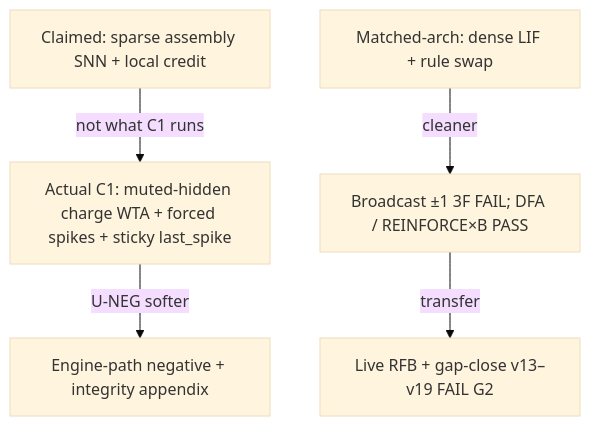
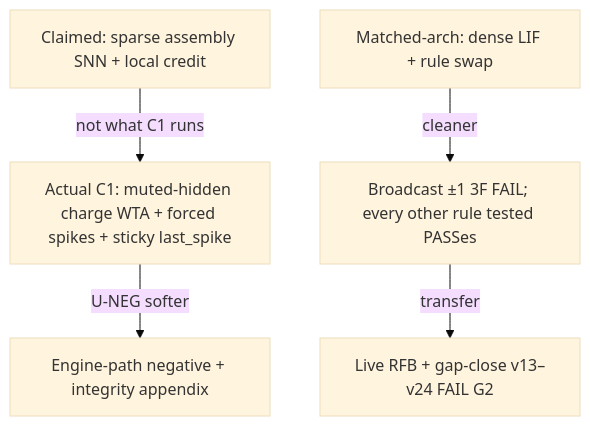
One commit to bharathvbcr/Brain-Inspired_Neural_Network changed the diagram in results/PAPER_SKELETON.md. Above: the diagram before and after it, drawn with Mermaid (base theme). The commit also changed other lines of this file and 4 other files, not shown here.

````diff
--- a/results/PAPER_SKELETON.md
+++ b/results/PAPER_SKELETON.md
@@ -93,10 +186,10 @@
 ```mermaid
 flowchart TD
   hyp["Claimed: sparse assembly SNN + local credit"]
   actual["Actual C1: muted-hidden charge WTA + forced spikes + sticky last_spike"]
   match["Matched-arch: dense LIF + rule swap"]
   hyp -->|"not what C1 runs"| actual
   actual -->|"U-NEG softer"| softNeg["Engine-path negative + integrity appendix"]
-  match -->|"cleaner"| hardNeg["Broadcast ±1 3F FAIL; DFA / REINFORCE×B PASS"]
-  hardNeg -->|"transfer"| live["Live RFB + gap-close v13–v19 FAIL G2"]
+  match -->|"cleaner"| hardNeg["Broadcast ±1 3F FAIL; every other rule tested PASSes"]
+  hardNeg -->|"transfer"| live["Live RFB + gap-close v13–v24 FAIL G2"]
 ```
````
